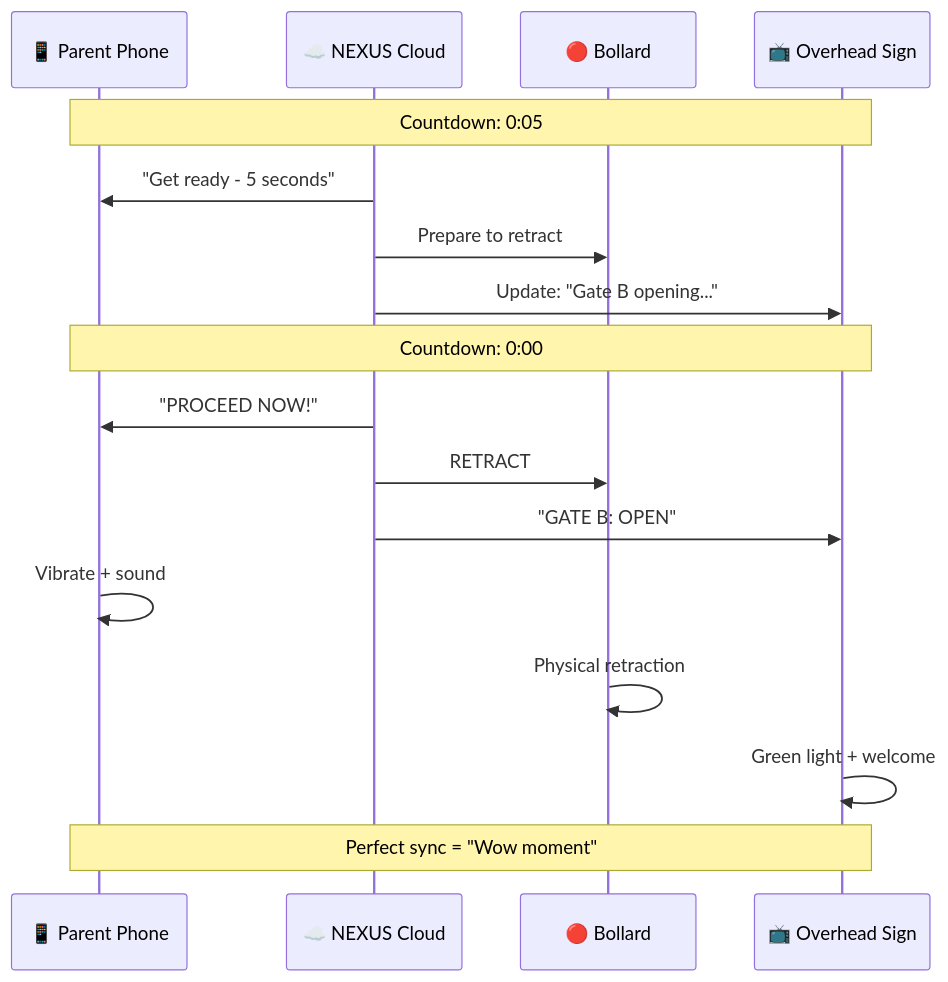
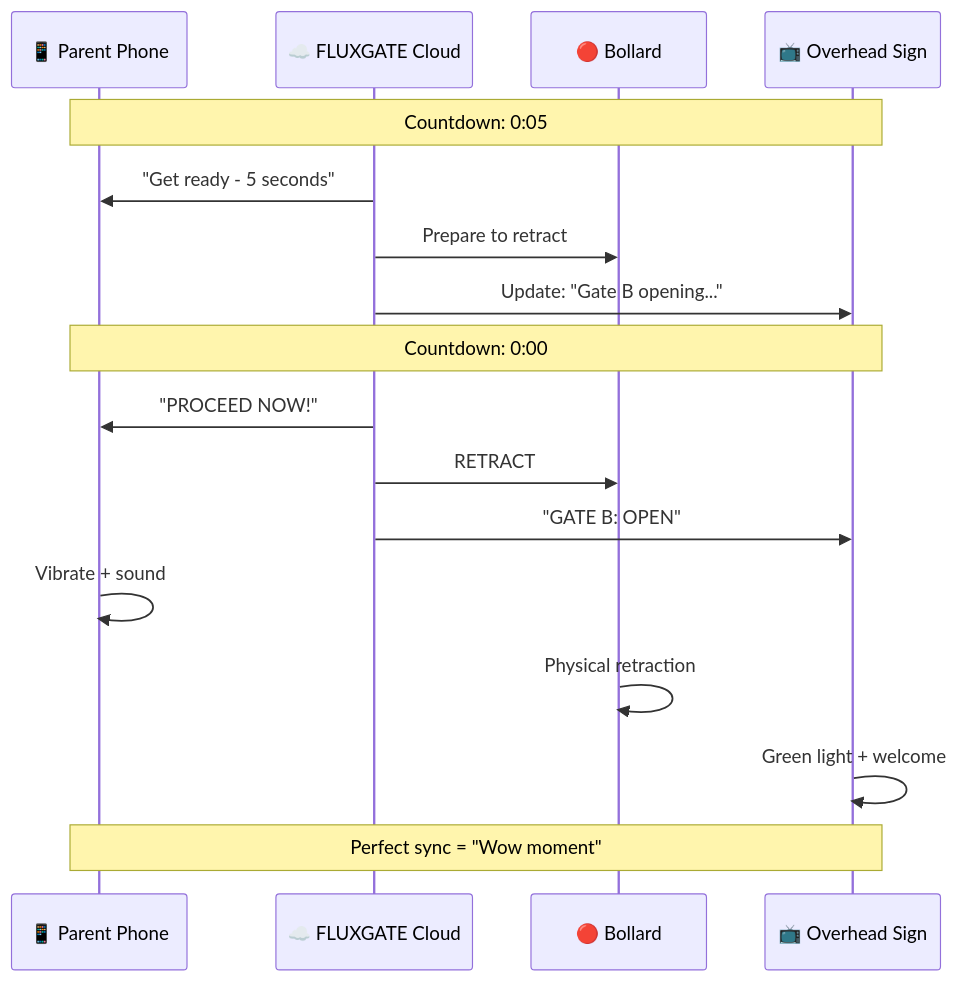
Before and after one commit to HyperionBurn/nexus-command-center: the seventh of 7 diagrams in RTA_NEXUS_Plan.md, drawn with Mermaid. The commit also changed other lines of this file and 56 other files, not shown here.

Commit message:
Rebrand: NEXUS -> FLUXGATE across entire codebase

````diff
--- a/RTA_NEXUS_Plan.md
+++ b/RTA_NEXUS_Plan.md
@@ -948,25 +948,25 @@
 ```mermaid
 sequenceDiagram
     participant PHONE as 📱 Parent Phone
-    participant CLOUD as ☁️ NEXUS Cloud
+    participant CLOUD as ☁️ FLUXGATE Cloud
     participant BOLLARD as 🔴 Bollard
     participant DMS as 📺 Overhead Sign
     
     Note over PHONE,DMS: Countdown: 0:05
     
     CLOUD->>PHONE: "Get ready - 5 seconds"
     CLOUD->>BOLLARD: Prepare to retract
     CLOUD->>DMS: Update: "Gate B opening..."
     
     Note over PHONE,DMS: Countdown: 0:00
     
     CLOUD->>PHONE: "PROCEED NOW!"
     CLOUD->>BOLLARD: RETRACT
     CLOUD->>DMS: "GATE B: OPEN"
     
     PHONE->>PHONE: Vibrate + sound
     BOLLARD->>BOLLARD: Physical retraction
     DMS->>DMS: Green light + welcome
     
     Note over PHONE,DMS: Perfect sync = "Wow moment"
 ```
````
